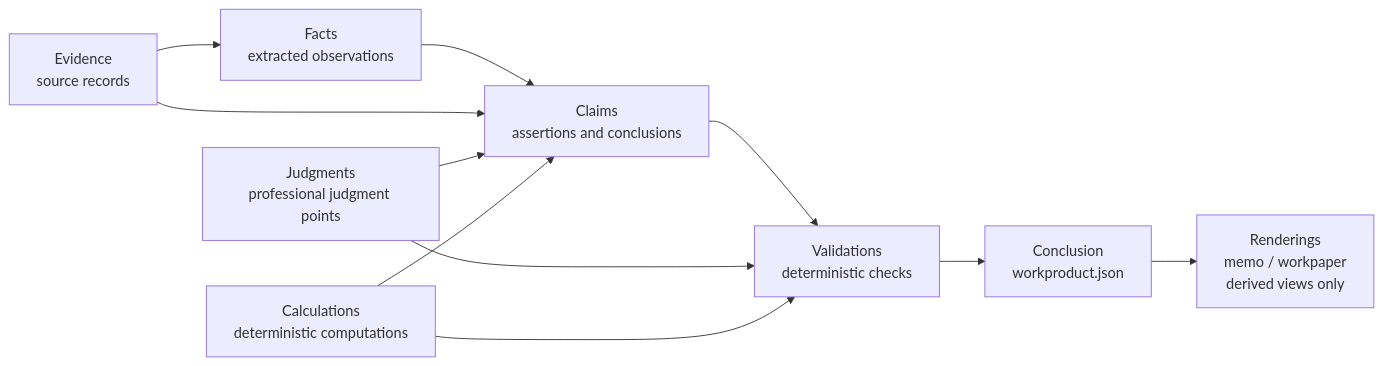
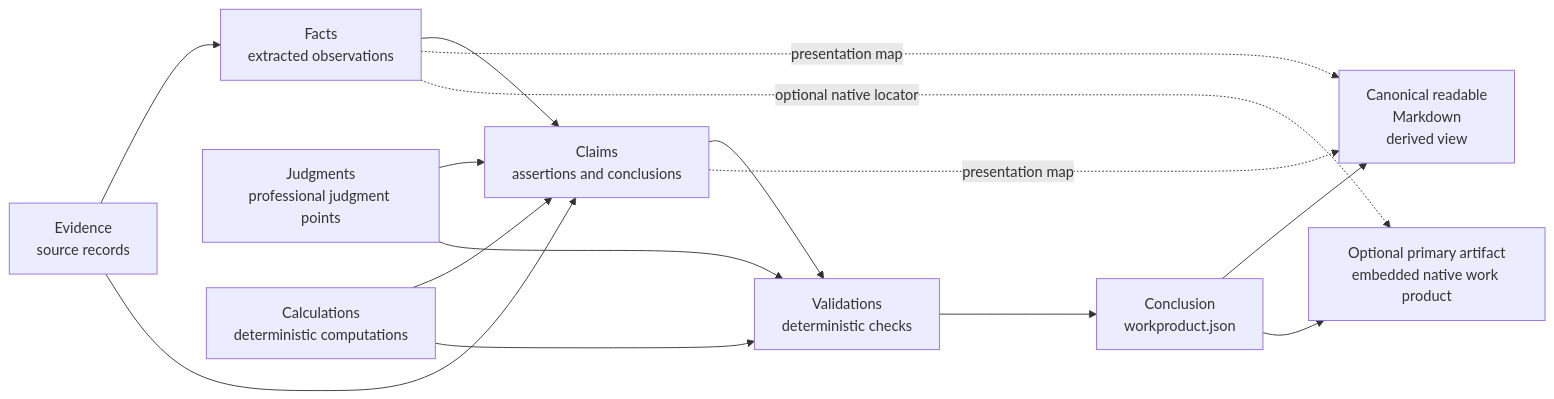
The first of 2 diagrams in docs/diagrams/conceptual-model.md (verifiable-work-product/vwp), drawn with Mermaid before and after one commit. The commit also changed other lines of this file and 35 other files, not shown here.

````diff
--- a/docs/diagrams/conceptual-model.md
+++ b/docs/diagrams/conceptual-model.md
@@ -3,13 +3,17 @@
 ```mermaid
 flowchart LR
     E[Evidence<br/>source records] --> F[Facts<br/>extracted observations]
     F --> C[Claims<br/>assertions and conclusions]
     E --> C
     J[Judgments<br/>professional judgment points] --> C
     K[Calculations<br/>deterministic computations] --> C
     C --> V[Validations<br/>deterministic checks]
     J --> V
     K --> V
     V --> X[Conclusion<br/>workproduct.json]
-    X --> R[Renderings<br/>memo / workpaper<br/>derived views only]
+    X --> R[Canonical readable<br/>Markdown<br/>derived view]
+    X --> A[Optional primary artifact<br/>embedded native work product]
+    F -. presentation map .-> R
+    C -. presentation map .-> R
+    F -. optional native locator .-> A
 ```
````
